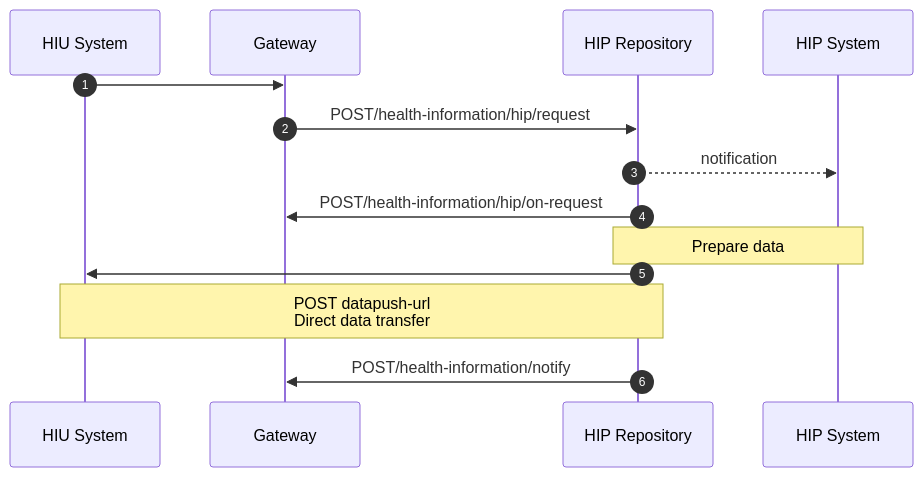
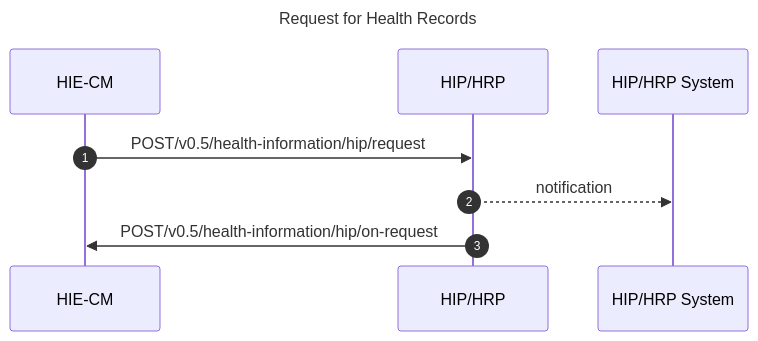
One commit to kiranma72/abdm-docs changed the diagram in content/3-milestone2/request-health-records.md. Above: the diagram before and after it, drawn with Mermaid.

Commit message:
api seq diag for request health records 3

```diff
--- a/content/3-milestone2/request-health-records.md
+++ b/content/3-milestone2/request-health-records.md
@@ -38,13 +38,9 @@
 {{< mermaid >}}
 %%{init:{"fontSize": "1.0rem", "sequence":{"showSequenceNumbers":true}}}%%
 sequenceDiagram
-HIU System->>Gateway: 
-Gateway->>HIP Repository:POST/health-information/hip/request
-activate HIP Repository
-HIP Repository-->>HIP System:notification
-HIP Repository->>Gateway:POST/health-information/hip/on-request
-Note over HIP Repository,HIP System:Prepare data
-HIP Repository->>HIU System: 
-Note over HIP Repository,HIU System:POST datapush-url<br/>Direct data transfer
-HIP Repository->>Gateway:POST/health-information/notify
+title Request for Health Records 
+HIE-CM->>HIP/HRP:POST/v0.5/health-information/hip/request
+activate HIP/HRP
+HIP/HRP-->>HIP/HRP System:notification
+HIP/HRP->>HIE-CM:POST/v0.5/health-information/hip/on-request
 {{< /mermaid >}}
```
